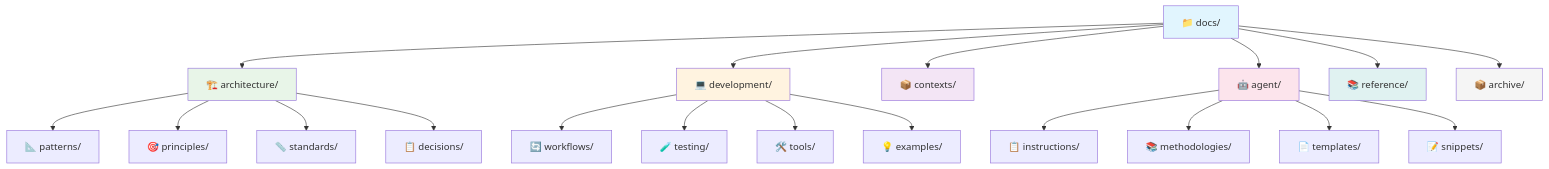
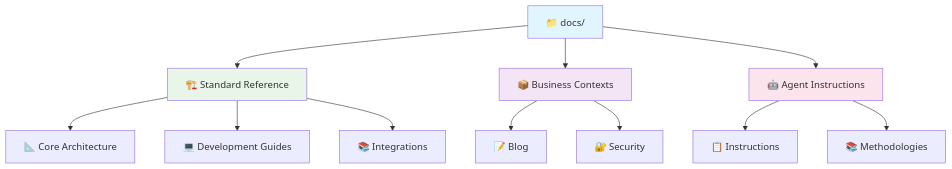
Before and after one commit to pocky/vibe-php: the first of 2 diagrams in docs/README.md, drawn with Mermaid. The commit also changed other lines of this file and 110 other files, not shown here.

````diff
--- a/docs/README.md
+++ b/docs/README.md
@@ -7,32 +7,21 @@
 ```mermaid
 graph TD
-    docs[📁 docs/] --> architecture[🏗️ architecture/]
-    docs --> development[💻 development/]
-    docs --> contexts[📦 contexts/]
-    docs --> agent[🤖 agent/]
-    docs --> reference[📚 reference/]
-    docs --> archive[📦 archive/]
+    docs[📁 docs/] --> reference[🏗️ Standard Reference]
+    docs --> contexts[📦 Business Contexts]
+    docs --> agent[🤖 Agent Instructions]
     
-    architecture --> patterns[📐 patterns/]
-    architecture --> principles[🎯 principles/]
-    architecture --> standards[📏 standards/]
-    architecture --> decisions[📋 decisions/]
+    reference --> ref_arch[📐 Core Architecture]
+    reference --> ref_dev[💻 Development Guides]
+    reference --> arch_ref[📚 Integrations]
     
-    development --> workflows[🔄 workflows/]
-    development --> testing[🧪 testing/]
-    development --> tools[🛠️ tools/]
-    development --> examples[💡 examples/]
+    contexts --> blog[📝 Blog]
+    contexts --> security[🔐 Security]
     
-    agent --> instructions[📋 instructions/]
-    agent --> methodologies[📚 methodologies/]
-    agent --> templates[📄 templates/]
-    agent --> snippets[📝 snippets/]
+    agent --> instructions[📋 Instructions]
+    agent --> methodologies[📚 Methodologies]
     
     style docs fill:#e1f5fe
-    style architecture fill:#e8f5e8
-    style development fill:#fff3e0
+    style reference fill:#e8f5e8
     style contexts fill:#f3e5f5
     style agent fill:#fce4ec
-    style reference fill:#e0f2f1
-    style archive fill:#f5f5f5
 ```
````
